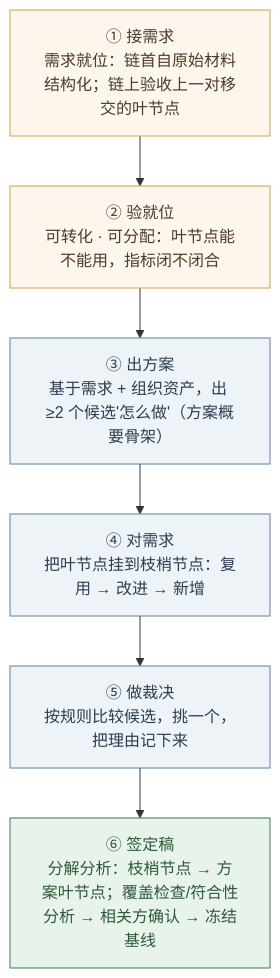
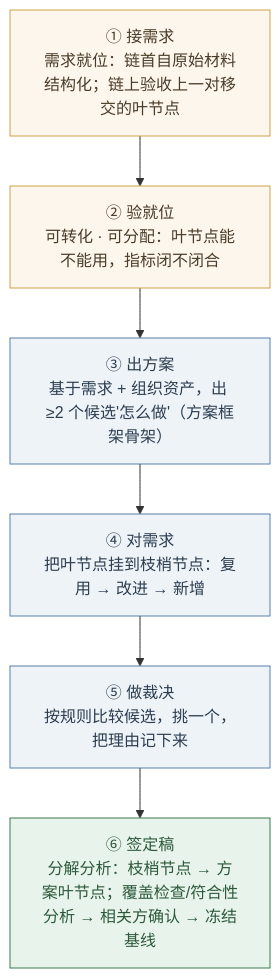
One commit to Yongjunzhou/AOS-system-design changed the fourth of 5 diagrams in 50-系统工程研究/03-架构师是个怎样的物种/06-第6章-设计开发落地-需求与方案结对.md. Above: the diagram before and after it, drawn with Mermaid. The commit also changed other lines of this file and 60 other files, not shown here.

````diff
--- a/50-系统工程研究/03-架构师是个怎样的物种/06-第6章-设计开发落地-需求与方案结对.md
+++ b/50-系统工程研究/03-架构师是个怎样的物种/06-第6章-设计开发落地-需求与方案结对.md
@@ -897,16 +897,16 @@
 ```mermaid
 flowchart TB
     A["① 接需求<br/>需求就位：链首自原始材料结构化；链上验收上一对移交的叶节点"]
     B["② 验就位<br/>可转化 · 可分配：叶节点能不能用，指标闭不闭合"]
-    C["③ 出方案<br/>基于需求 + 组织资产，出 ≥2 个候选'怎么做'（方案概要骨架）"]
+    C["③ 出方案<br/>基于需求 + 组织资产，出 ≥2 个候选'怎么做'（方案框架骨架）"]
     D["④ 对需求<br/>把叶节点挂到枝梢节点：复用 → 改进 → 新增"]
     E["⑤ 做裁决<br/>按规则比较候选，挑一个，把理由记下来"]
     F["⑥ 签定稿<br/>分解分析：枝梢节点 → 方案叶节点；覆盖检查/符合性分析 → 相关方确认 → 冻结基线"]
     A --> B --> C --> D --> E --> F
     classDef req fill:#fdf6ec,stroke:#c9a44a,color:#4a3c28;
     classDef sol fill:#eef3f8,stroke:#5b7fa6,color:#2c3e50;
     classDef fin fill:#e8f3ec,stroke:#3d7a4f,color:#2c5a3a;
     class A,B req;
     class C,D,E sol;
     class F fin;
 ```
````
